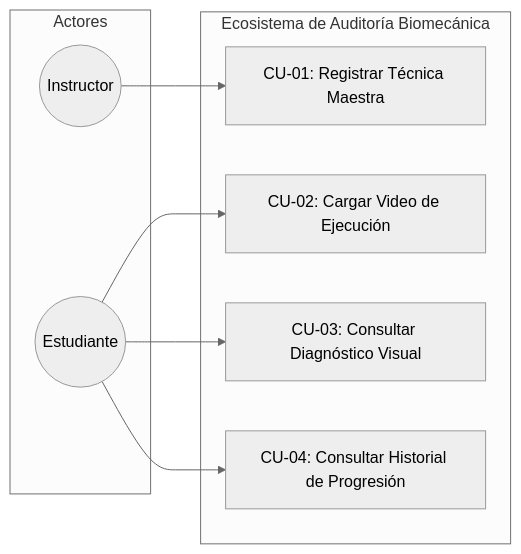
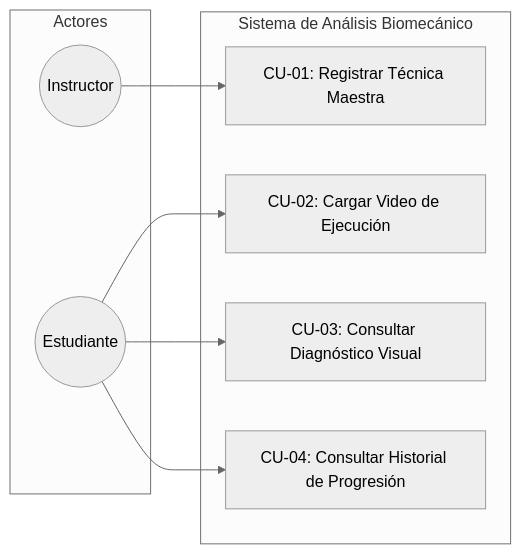
The second of 3 diagrams in README.md (Tsmrain/JiuJitsu), drawn with Mermaid (neutral theme) before and after one commit. The commit also changed other lines of this file, not shown here.

Commit message:
docs: rename system to Sistema de Análisis Biomecánico and update references to Corpo & Mente Bolivia

````diff
--- a/README.md
+++ b/README.md
@@ -569,19 +569,19 @@
 ```mermaid
 graph LR
     subgraph Actores
         I(("Instructor"))
         E(("Estudiante"))
     end
 
-    subgraph Sistema["Ecosistema de Auditoría Biomecánica"]
+    subgraph Sistema["Sistema de Análisis Biomecánico"]
         CU01["CU-01: Registrar Técnica Maestra"]
         CU02["CU-02: Cargar Video de Ejecución"]
         CU03["CU-03: Consultar Diagnóstico Visual"]
         CU04["CU-04: Consultar Historial de Progresión"]
     end
 
     I --> CU01
     E --> CU02
     E --> CU03
     E --> CU04
 ```
````
